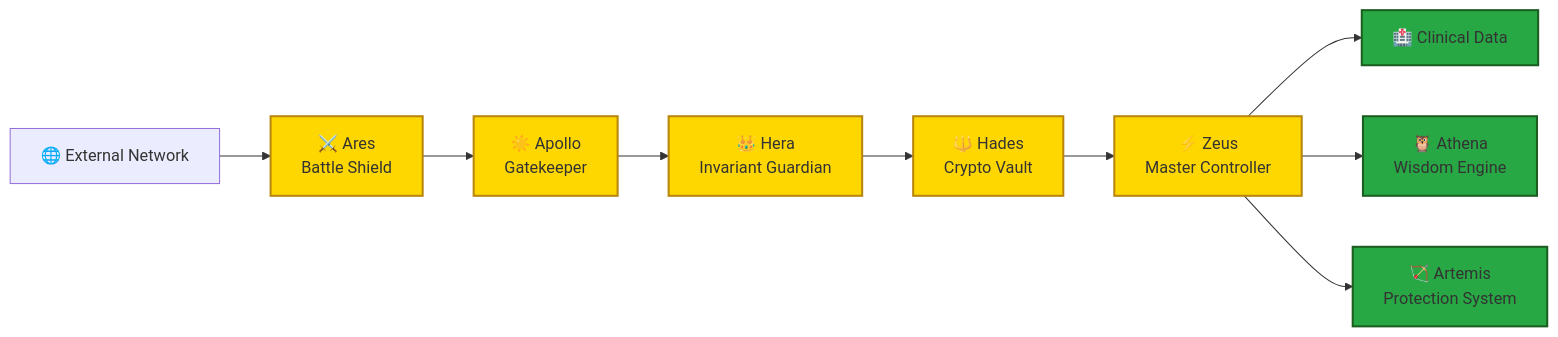
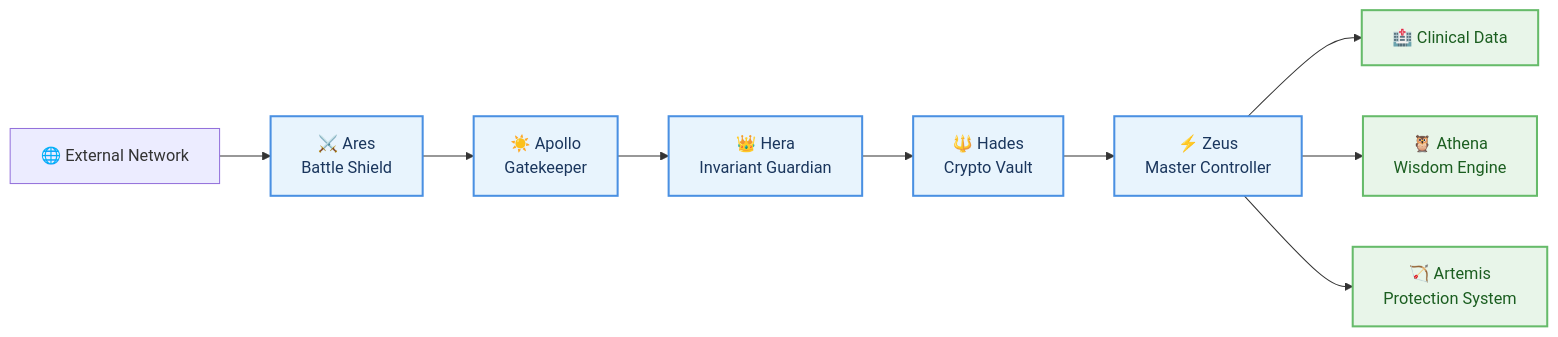
The third of 3 diagrams in README.md (rooselvelt6/rocky), drawn with Mermaid before and after one commit. The commit also changed other lines of this file, not shown here.

First line of the commit message:
docs: improve diagram color scheme with professional palette

````diff
--- a/README.md
+++ b/README.md
@@ -360,19 +360,19 @@
 ```mermaid
 graph LR
     Internet[🌐 External Network] --> ARES[⚔️ Ares<br/>Battle Shield]
     ARES --> APOLLO[☀️ Apollo<br/>Gatekeeper]
     
     APOLLO --> HERA[👑 Hera<br/>Invariant Guardian]
     HERA --> HADES[🔱 Hades<br/>Crypto Vault]
     HADES --> ZEUS[⚡ Zeus<br/>Master Controller]
     
     ZEUS --> ClinicalCore[🏥️ Clinical Data]
     ZEUS --> ATHENA[🦉 Athena<br/>Wisdom Engine]
     ZEUS --> ARTEMIS[🏹 Artemis<br/>Protection System]
     
-    classDef divine fill:#FFD700,stroke:#B8860B,stroke-width:2px
-    classDef security fill:#DC2626,stroke:#7B1FA2,stroke-width:3px
-    classDef clinical fill:#28A745,stroke:#1B5E20,stroke-width:2px
+    classDef divine fill:#E8F4FD,stroke:#4A90E2,stroke-width:2px,color:#1A365D
+    classDef security fill:#FFEBEE,stroke:#E53935,stroke-width:3px,color:#B71C1C
+    classDef clinical fill:#E8F5E9,stroke:#66BB6A,stroke-width:2px,color:#1B5E20
     class ARES,APOLLO,HERA,HADES,ZEUS divine
     class ClinicalCore,ATHENA,ARTEMIS clinical
 ```
````
